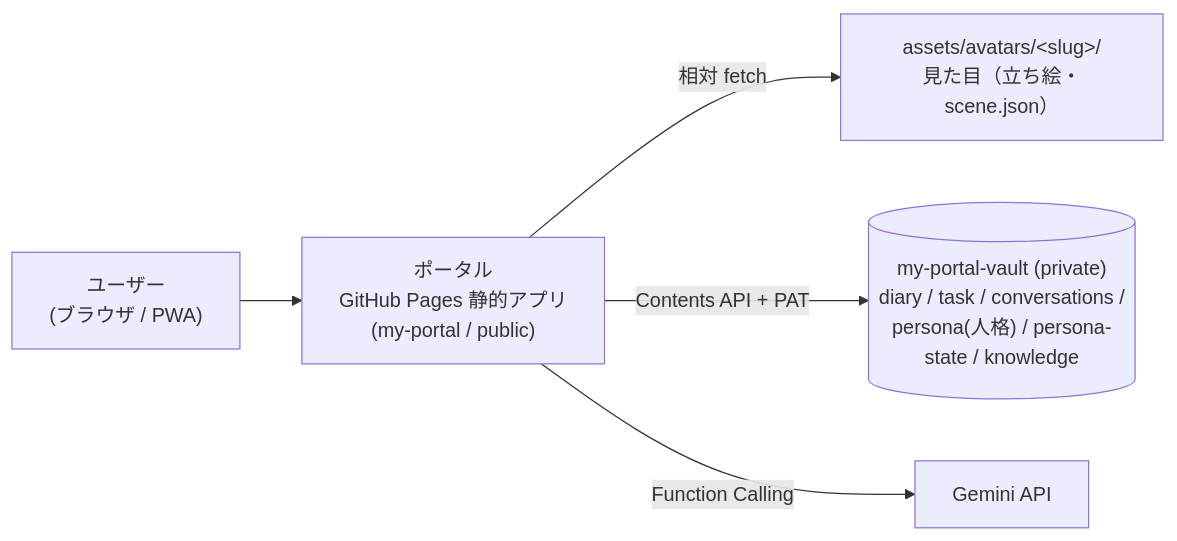
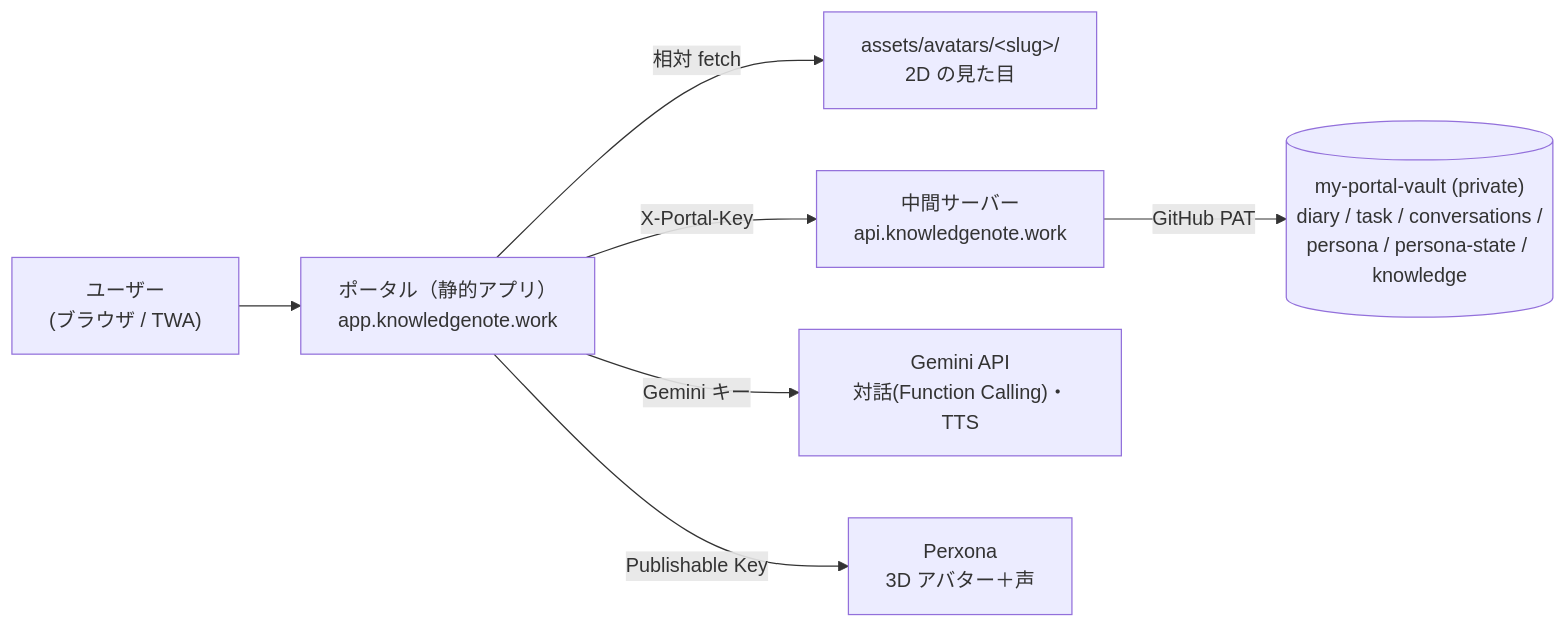
One commit to kabotyabon/my-portal changed the first of 2 diagrams in docs/architecture/README.md. Above: the diagram before and after it, drawn with Mermaid. The commit also changed other lines of this file and 3 other files, not shown here.

First line of the commit message:
docs: 全体図を現構成に更新し、Gemini TTS の仕組みの解説を追加

````diff
--- a/docs/architecture/README.md
+++ b/docs/architecture/README.md
@@ -10,7 +12,9 @@
 ```mermaid
 graph LR
-  U["ユーザー<br>(ブラウザ / PWA)"] --> P["ポータル<br>GitHub Pages 静的アプリ<br>(my-portal / public)"]
-  P -- "相対 fetch" --> PA["assets/avatars/&lt;slug&gt;/<br>見た目（立ち絵・scene.json）"]
-  P -- "Contents API + PAT" --> V[("my-portal-vault (private)<br>diary / task / conversations /<br>persona(人格) / persona-state / knowledge")]
-  P -- "Function Calling" --> G["Gemini API"]
+  U["ユーザー<br>(ブラウザ / TWA)"] --> P["ポータル（静的アプリ）<br>app.knowledgenote.work"]
+  P -- "相対 fetch" --> PA["assets/avatars/&lt;slug&gt;/<br>2D の見た目"]
+  P -- "X-Portal-Key" --> W["中間サーバー<br>api.knowledgenote.work"]
+  W -- "GitHub PAT" --> V[("my-portal-vault (private)<br>diary / task / conversations /<br>persona / persona-state / knowledge")]
+  P -- "Gemini キー" --> G["Gemini API<br>対話(Function Calling)・TTS"]
+  P -- "Publishable Key" --> X["Perxona<br>3D アバター＋声"]
 ```
````
